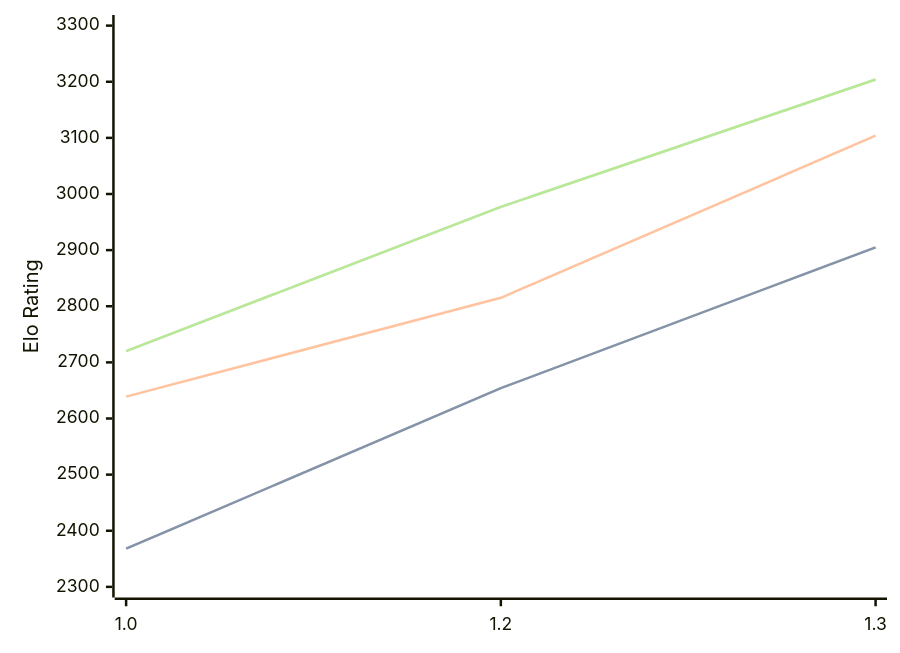
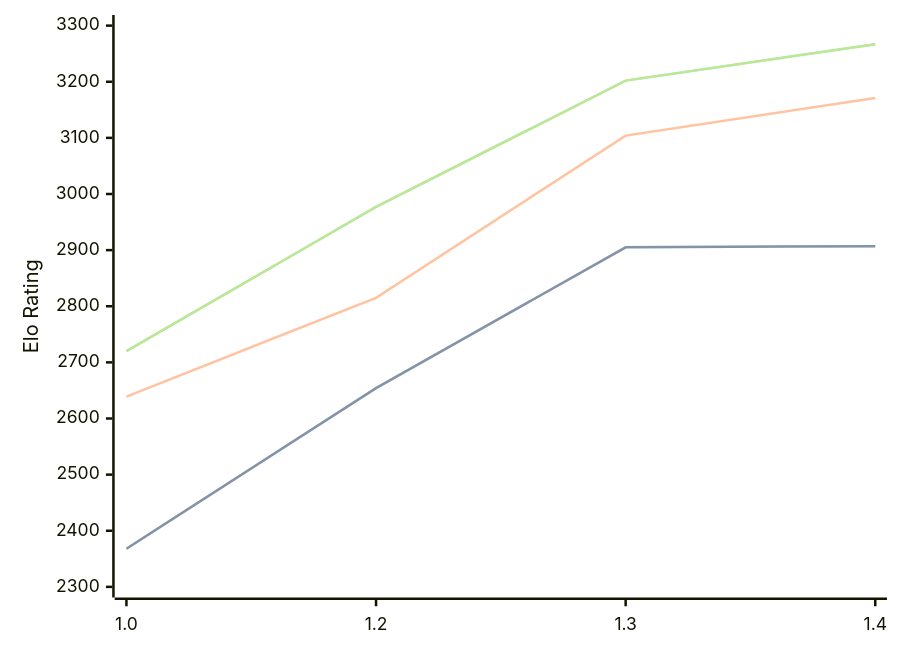
Before and after one commit to computer-chess-index/cci: the diagram in engines/Chessnix.md, drawn with Mermaid. The commit also changed other lines of this file, not shown here.

Commit message:
Update CCI Ratings (ELO VLTC) - 2026-04-29

````diff
--- a/engines/Chessnix.md
+++ b/engines/Chessnix.md
@@ -35,11 +36,11 @@
 ```mermaid
 %%{init: {"theme":"base","themeVariables":{"seriesColors:['#a3a3a3','#222221','#faa371']}}}%%
 xychart-beta
-  x-axis ["1.0", "1.2", "1.3"]
+  x-axis ["1.0", "1.2", "1.3", "1.4"]
   y-axis "Elo Rating" 2300 --> 3300
-  line "STC (8.0+0.08s)" [2368, 2654, 2905]
-  line "STC (8.0+0.08s)" [2368, 2654, 2905]
-  line "LTC (60.0+0.60s)" [2639, 2815, 3104]
-  line "VLTC (2m24s+1.12s)" [2720, 2977, 3204]
-  line "VLTC (2m24s+1.12s)" [2720, 2977, 3204]
+  line "STC (8.0+0.08s)" [2368, 2654, 2905, 2907]
+  line "STC (8.0+0.08s)" [2368, 2654, 2905, 2907]
+  line "LTC (60.0+0.60s)" [2639, 2815, 3104, 3171]
+  line "VLTC (2m24s+1.12s)" [2720, 2977, 3202, 3267]
+  line "VLTC (2m24s+1.12s)" [2720, 2977, 3202, 3267]
 ```
````
